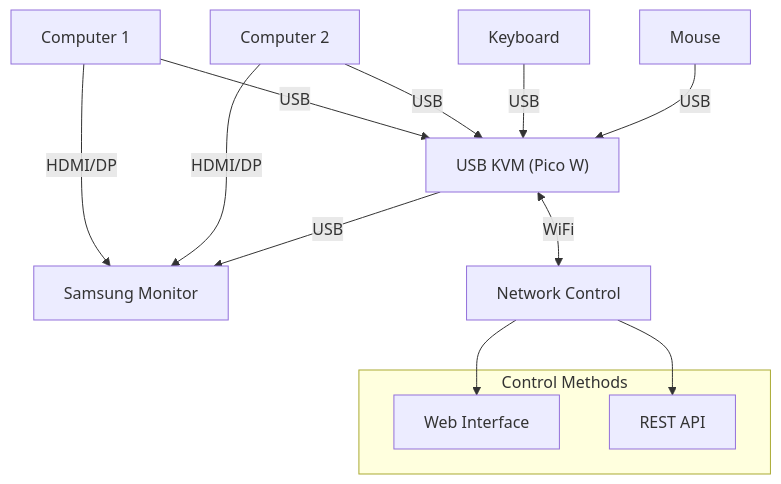
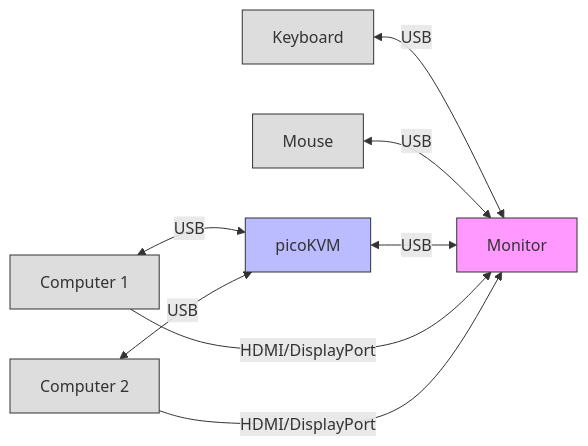
The diagram in README.md (FuNK3Y/picoKVM), drawn with Mermaid before and after one commit. The commit also changed other lines of this file, not shown here.

Commit message:
Improve readme

````diff
--- a/README.md
+++ b/README.md
@@ -97,18 +102,16 @@
 ```mermaid
-graph TD
-    PC1["Computer 1"] --> |HDMI/DP| MON["Samsung Monitor"]
-    PC2["Computer 2"] --> |HDMI/DP| MON
-    PC1 --> |USB| KVM["USB KVM (Pico W)"]
-    PC2 --> |USB| KVM
-    KVM --> |USB| MON
-    KB["Keyboard"] --> |USB| KVM
-    MOUSE["Mouse"] --> |USB| KVM
-    KVM <--> |WiFi| NET["Network Control"]
-    NET --> WEB["Web Interface"]
-    NET --> API["REST API"]
-    
-    subgraph "Control Methods"
-        WEB
-        API
-    end
+graph LR
+    KB["Keyboard"] <--> |USB| MON
+    MOUSE["Mouse"] <--> |USB| MON
+    KVM <--> |USB| MON
+    PC1["Computer 1"] --> |HDMI/DisplayPort| MON["Monitor"]
+    PC2["Computer 2"] --> |HDMI/DisplayPort| MON
+    PC1 <--> |USB| KVM["picoKVM"]
+    PC2 <--> |USB| KVM
+    style MON fill:#f9f,stroke:#333
+    style KVM fill:#bbf,stroke:#333
+    style KB fill:#ddd,stroke:#333
+    style MOUSE fill:#ddd,stroke:#333
+    style PC1 fill:#ddd,stroke:#333
+    style PC2 fill:#ddd,stroke:#333
 ```
````
